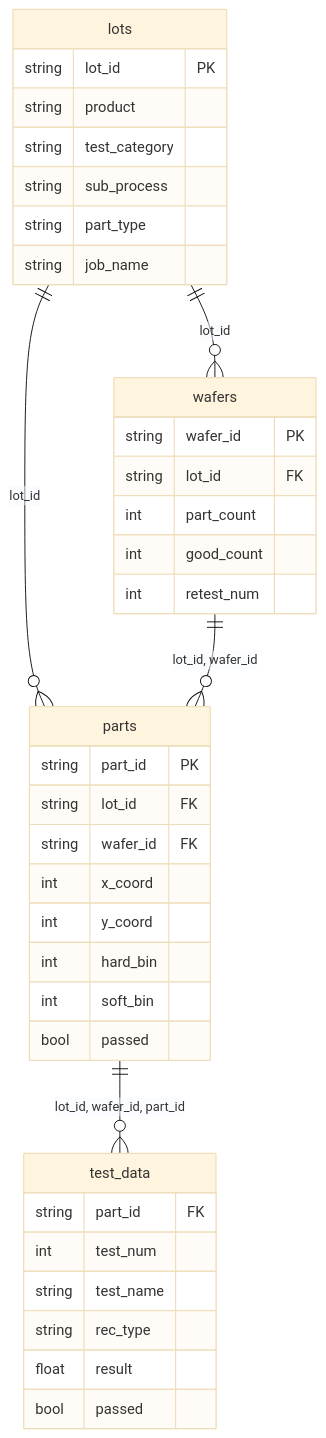
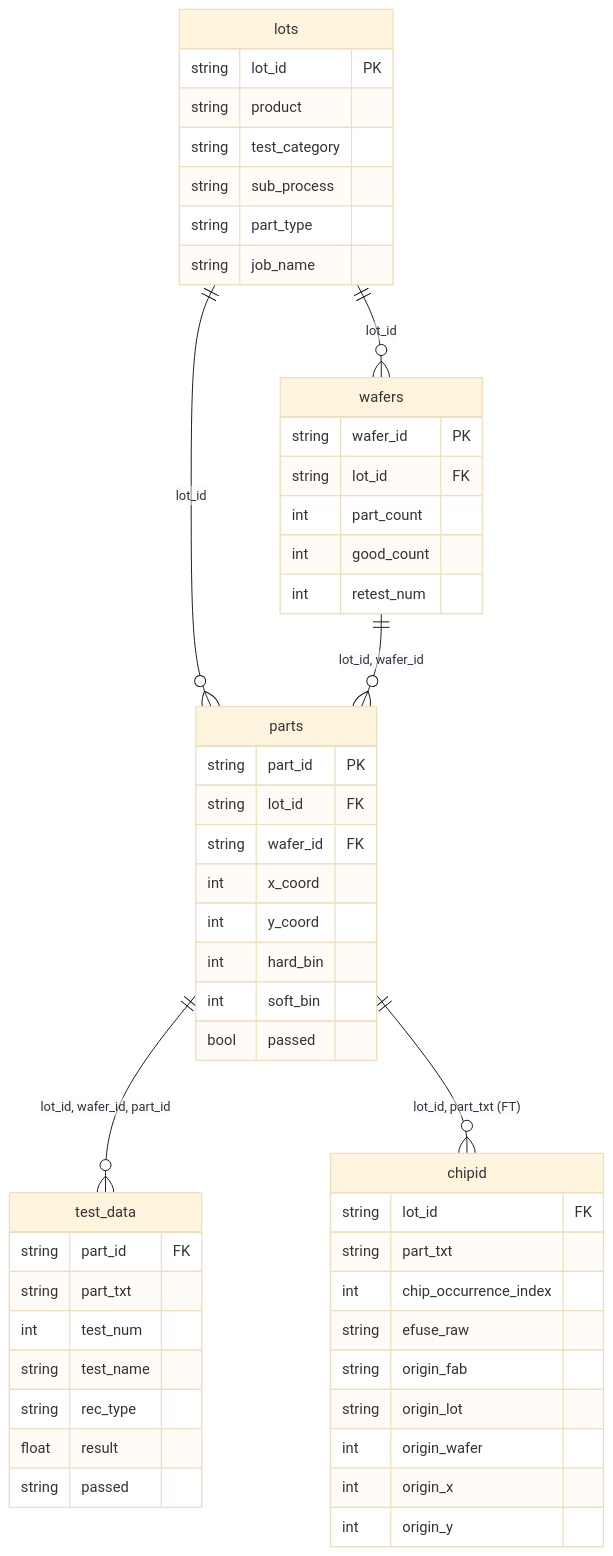
The diagram in docs/schema.md (Kei0bb/STDF), drawn with Mermaid (base theme) before and after one commit. The commit also changed other lines of this file and 1 other file, not shown here.

First line of the commit message:
docs: document chipid table, part_txt, *_final views, and ChipID analysis queries

````diff
--- a/docs/schema.md
+++ b/docs/schema.md
@@ -112,41 +166,54 @@
 ```mermaid
 erDiagram
     lots ||--o{ wafers : "lot_id"
     lots ||--o{ parts : "lot_id"
     wafers ||--o{ parts : "lot_id, wafer_id"
     parts ||--o{ test_data : "lot_id, wafer_id, part_id"
+    parts ||--o{ chipid : "lot_id, part_txt (FT)"
 
     lots {
         string lot_id PK
         string product
         string test_category
         string sub_process
         string part_type
         string job_name
     }
     wafers {
         string wafer_id PK
         string lot_id FK
         int part_count
         int good_count
         int retest_num
     }
     parts {
         string part_id PK
         string lot_id FK
         string wafer_id FK
         int x_coord
         int y_coord
         int hard_bin
         int soft_bin
         bool passed
     }
     test_data {
         string part_id FK
+        string part_txt
         int test_num
         string test_name
         string rec_type
         float result
-        bool passed
+        string passed
+    }
+    chipid {
+        string lot_id FK
+        string part_txt
+        int chip_occurrence_index
+        string efuse_raw
+        string origin_fab
+        string origin_lot
+        int origin_wafer
+        int origin_x
+        int origin_y
     }
 ```
````
